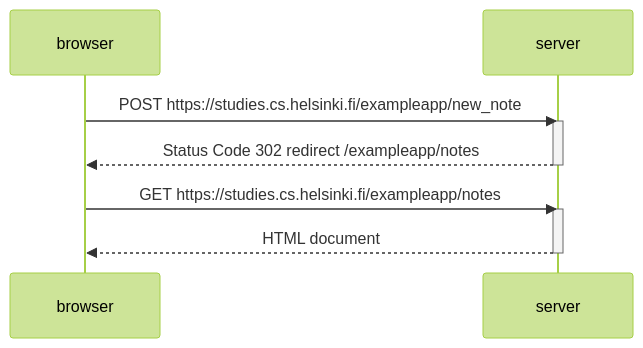
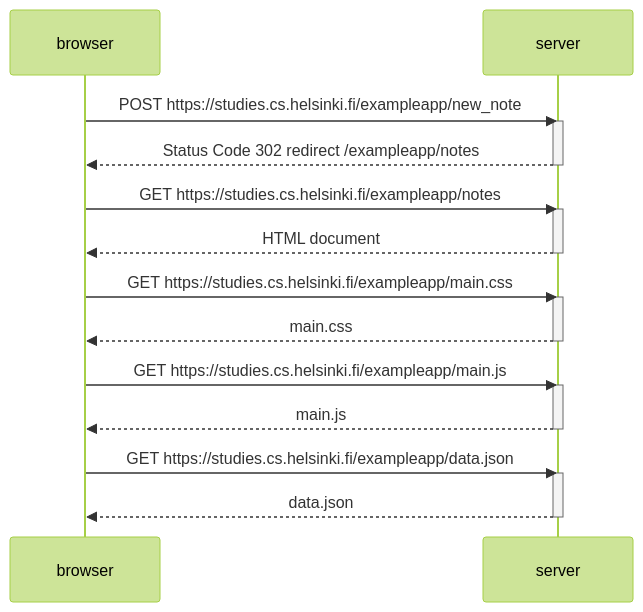
The diagram in 0.4_NewNoteDiagram.md (hiacarvalho/Fullstack), drawn with Mermaid (forest theme) before and after one commit.

````diff
--- a/0.4_NewNoteDiagram.md
+++ b/0.4_NewNoteDiagram.md
@@ -1,15 +1,31 @@
 ```mermaid
 sequenceDiagram
     participant browser
     participant server
 
     browser->>server: POST https://studies.cs.helsinki.fi/exampleapp/new_note
     activate server
     server-->>browser: Status Code 302 redirect /exampleapp/notes
     deactivate server
 
     browser->>server: GET https://studies.cs.helsinki.fi/exampleapp/notes
     activate server
     server-->>browser: HTML document
     deactivate server
+
+    browser->>server: GET https://studies.cs.helsinki.fi/exampleapp/main.css
+    activate server
+    server-->>browser: main.css
+    deactivate server
+
+    browser->>server: GET https://studies.cs.helsinki.fi/exampleapp/main.js
+    activate server
+    server-->>browser: main.js
+    deactivate server
+
+    browser->>server: GET https://studies.cs.helsinki.fi/exampleapp/data.json
+    activate server
+    server-->>browser: data.json
+    deactivate server
+    
 ```
````
